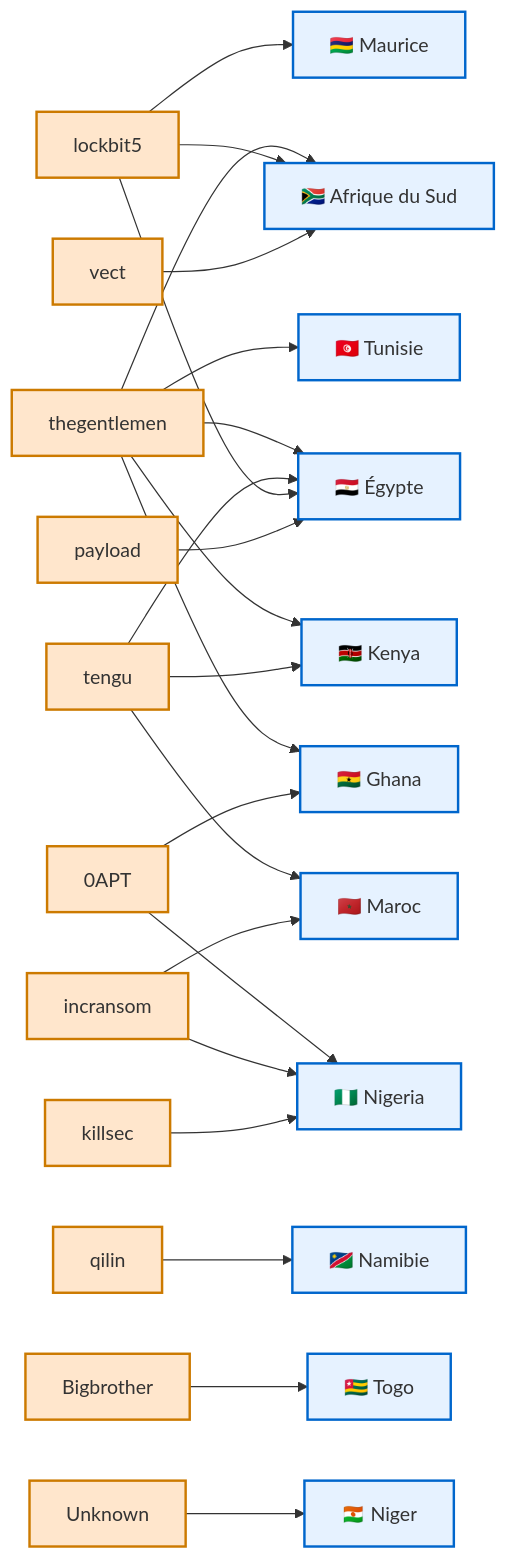
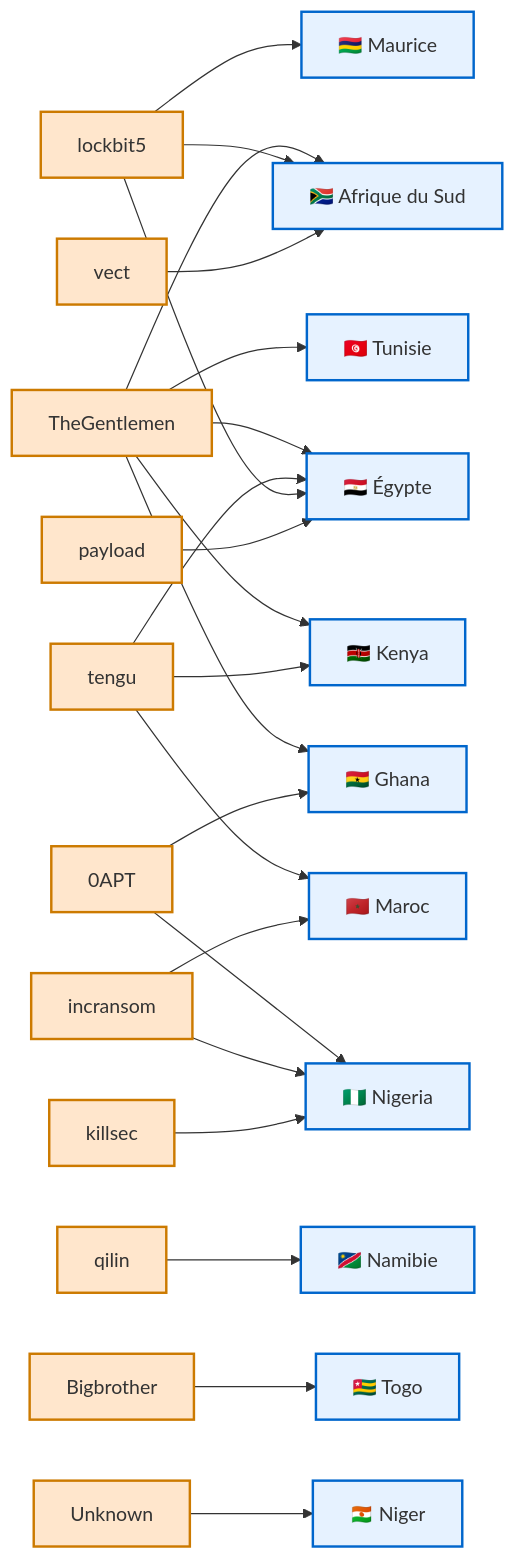
One commit to Hatchepsoute/AFRINTEL changed the first of 2 diagrams in visual-intelligence/02-february/README.md. Above: the diagram before and after it, drawn with Mermaid. The commit also changed 83 other files, not shown here.

````diff
--- a/visual-intelligence/02-february/README.md
+++ b/visual-intelligence/02-february/README.md
@@ -17,57 +17,57 @@
 ```mermaid
 flowchart LR
 
 classDef actor fill:#ffe6cc,stroke:#cc7a00,stroke-width:2px;
 classDef country fill:#e6f2ff,stroke:#0066cc,stroke-width:2px;
 
-A1["thegentlemen"]:::actor
+A1["TheGentlemen"]:::actor
 A2["tengu"]:::actor
 A3["0APT"]:::actor
 A4["lockbit5"]:::actor
 A5["incransom"]:::actor
 A6["vect"]:::actor
 A7["qilin"]:::actor
 A8["payload"]:::actor
 A9["killsec"]:::actor
 A10["Bigbrother"]:::actor
 A11["Unknown"]:::actor
 
 C1["🇿🇦 Afrique du Sud"]:::country
 C2["🇪🇬 Égypte"]:::country
 C3["🇰🇪 Kenya"]:::country
 C4["🇳🇬 Nigeria"]:::country
 C5["🇬🇭 Ghana"]:::country
 C6["🇲🇦 Maroc"]:::country
 C7["🇹🇳 Tunisie"]:::country
 C8["🇳🇦 Namibie"]:::country
 C9["🇲🇺 Maurice"]:::country
 C10["🇹🇬 Togo"]:::country
 C11["🇳🇪 Niger"]:::country
 
 A1 --> C1
 A1 --> C2
 A1 --> C3
 A1 --> C5
 A1 --> C7
 
 A2 --> C6
 A2 --> C2
 A2 --> C3
 
 A3 --> C5
 A3 --> C4
 
 A4 --> C2
 A4 --> C9
 A4 --> C1
 
 A5 --> C4
 A5 --> C6
 
 A6 --> C1
 A7 --> C8
 A8 --> C2
 A9 --> C4
 A10 --> C10
 A11 --> C11
 ```
````
